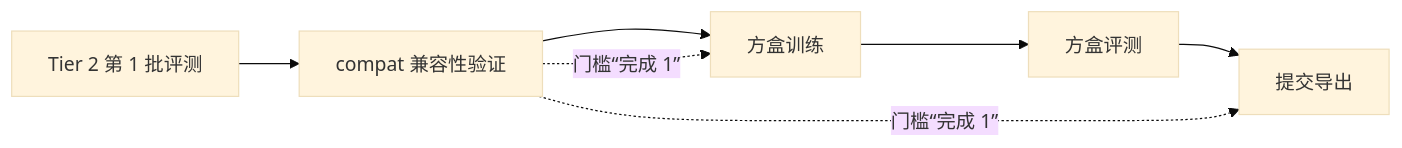
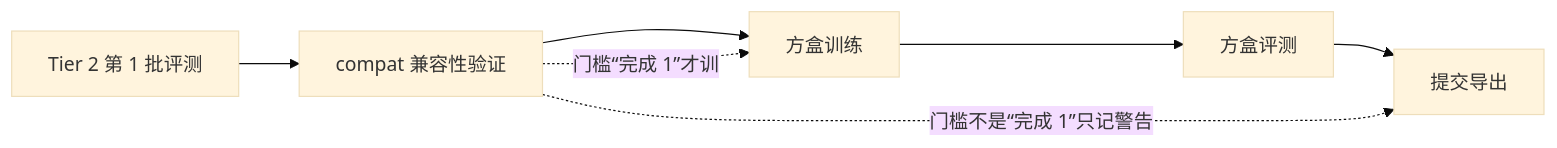
One commit to Manifold-ai/maniphys_lab_v2d_challenge changed the diagram in agent-doc/plan-submission-exports-2026-10-02.md. Above: the diagram before and after it, drawn with Mermaid (base theme). The commit also changed other lines of this file and 12 other files, not shown here.

````diff
--- a/agent-doc/plan-submission-exports-2026-10-02.md
+++ b/agent-doc/plan-submission-exports-2026-10-02.md
@@ -56,6 +65,6 @@
 ```mermaid
 flowchart LR
   T2[Tier 2 第 1 批评测] --> C[compat 兼容性验证] --> BT[方盒训练] --> BE[方盒评测] --> X[提交导出]
-  C -. 门槛“完成 1” .-> BT
-  C -. 门槛“完成 1” .-> X
+  C -. 门槛“完成 1”才训 .-> BT
+  C -. 门槛不是“完成 1”只记警告 .-> X
 ```
````
